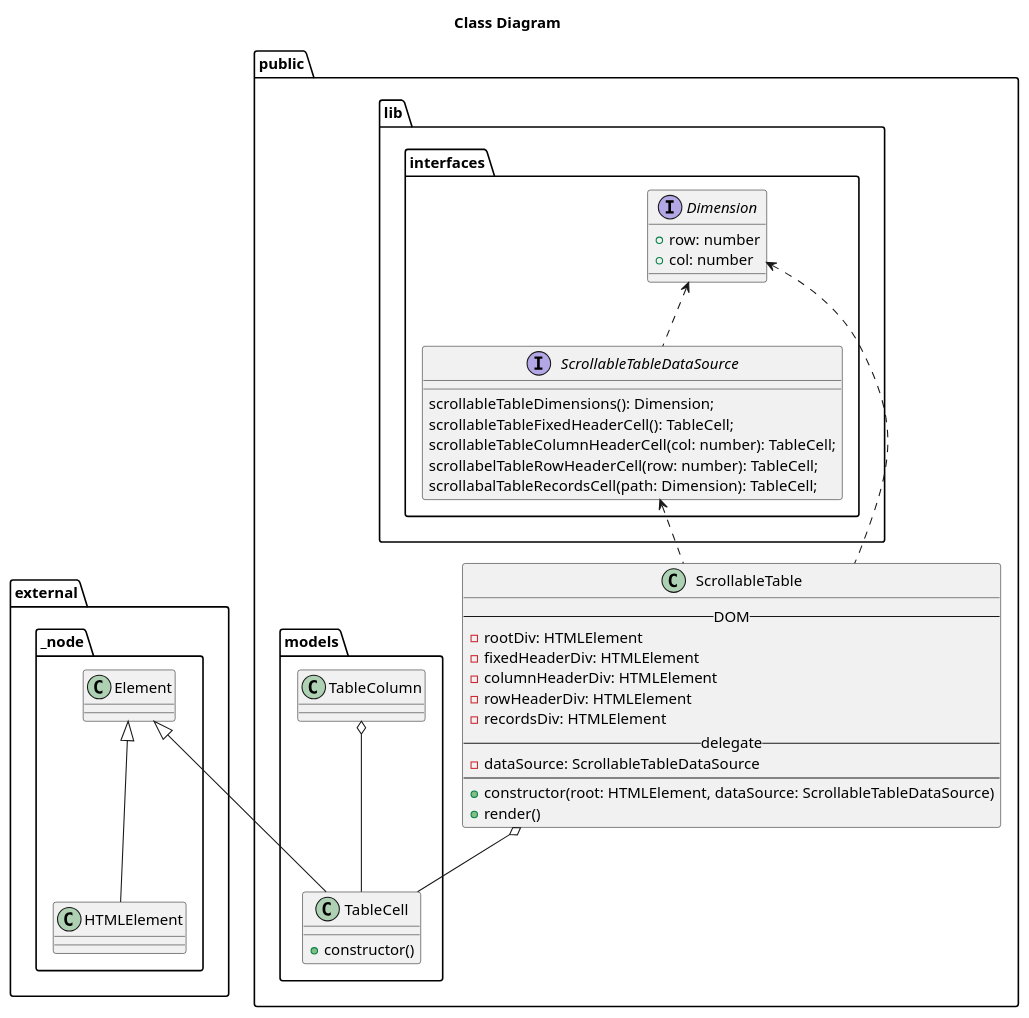
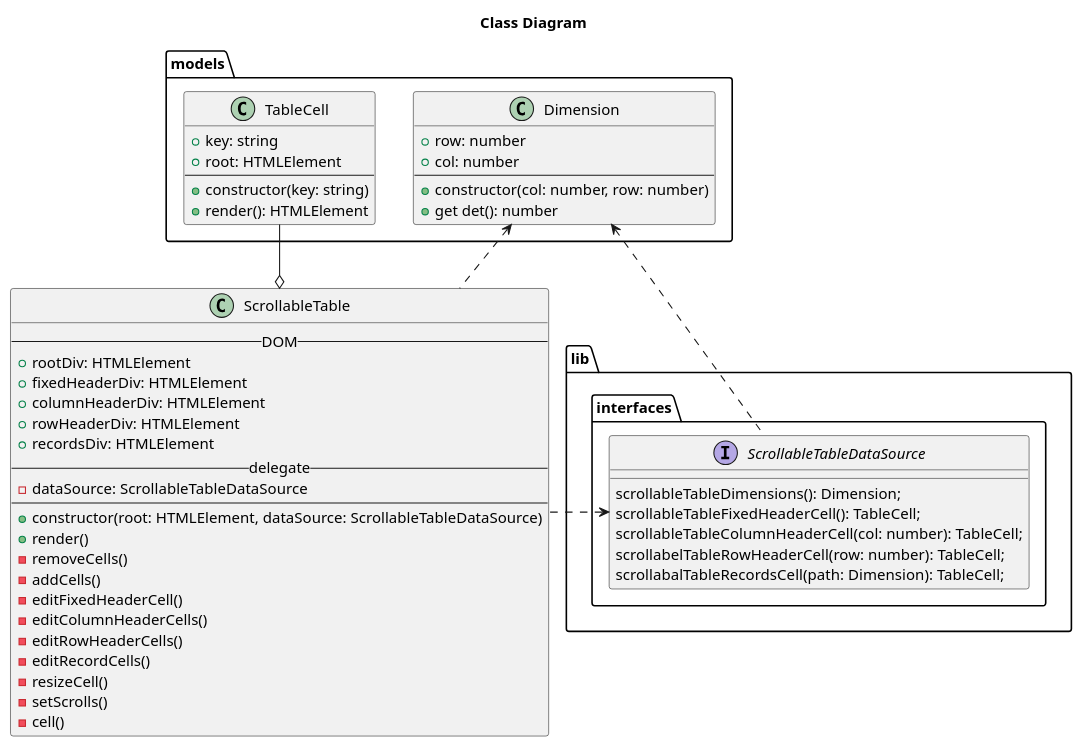
One commit to taroimoone/scrollable-table changed the diagram in doc/classe/all.puml. Above: the diagram before and after it, drawn with PlantUML.

```diff
--- a/doc/classe/all.puml
+++ b/doc/classe/all.puml
@@ -1,63 +1,67 @@
 @startuml class_diagram
 title Class Diagram
 
-package public {
-    package lib {
-        package interfaces {
-            interface Dimension {
-                + row: number
-                + col: number
-            }
-
-            interface ScrollableTableDataSource {
-                scrollableTableDimensions(): Dimension;
-                scrollableTableFixedHeaderCell(): TableCell;
-                scrollableTableColumnHeaderCell(col: number): TableCell;
-                scrollabelTableRowHeaderCell(row: number): TableCell;
-                scrollabalTableRecordsCell(path: Dimension): TableCell;
-            }
-
-            Dimension <.. ScrollableTableDataSource
+package lib {
+    package interfaces {
+        interface ScrollableTableDataSource {
+            scrollableTableDimensions(): Dimension;
+            scrollableTableFixedHeaderCell(): TableCell;
+            scrollableTableColumnHeaderCell(col: number): TableCell;
+            scrollabelTableRowHeaderCell(row: number): TableCell;
+            scrollabalTableRecordsCell(path: Dimension): TableCell;
         }
     }
+}
 
-    package models {
-        ' TableCell extends Element (it means in browser element)
+package models {
 
-        class TableCell {
-            + constructor()
-        }
-
-        TableColumn o-- TableCell
+    class Dimension {
+        + row: number
+        + col: number
+        --
+        + constructor(col: number, row: number)
+        + get det(): number
     }
 
-
-    class ScrollableTable {
-        -- DOM --
-        - rootDiv: HTMLElement
-        - fixedHeaderDiv: HTMLElement
-        - columnHeaderDiv: HTMLElement
-        - rowHeaderDiv: HTMLElement
-        - recordsDiv: HTMLElement
-        -- delegate --
-        - dataSource: ScrollableTableDataSource
+    class TableCell {
+        + key: string
+        + root: HTMLElement
         --
-        + constructor(root: HTMLElement, dataSource: ScrollableTableDataSource)
-        + render()
+        + constructor(key: string)
+        + render(): HTMLElement
     }
 
-    ScrollableTableDataSource <.. ScrollableTable
-    Dimension <.. ScrollableTable 
-    ScrollableTable o-- TableCell
+    Dimension <.. ScrollableTableDataSource
 }
 
-package external {
-    package _node {
-        Element <|-- TableCell
-        Element <|-- HTMLElement
-    }
+
+class ScrollableTable {
+    -- DOM --
+    + rootDiv: HTMLElement
+    + fixedHeaderDiv: HTMLElement
+    + columnHeaderDiv: HTMLElement
+    + rowHeaderDiv: HTMLElement
+    + recordsDiv: HTMLElement
+    -- delegate --
+    - dataSource: ScrollableTableDataSource
+    --
+    + constructor(root: HTMLElement, dataSource: ScrollableTableDataSource)
+    + render()
+    - removeCells()
+    - addCells()
+    - editFixedHeaderCell()
+    - editColumnHeaderCells()
+    - editRowHeaderCells()
+    - editRecordCells()
+    - resizeCell()
+    - setScrolls()
+    - cell()
 }
+
+ScrollableTableDataSource <.. ScrollableTable
+Dimension <.. ScrollableTable 
+ScrollableTable o-- TableCell
 
 
 
 @enduml
```
